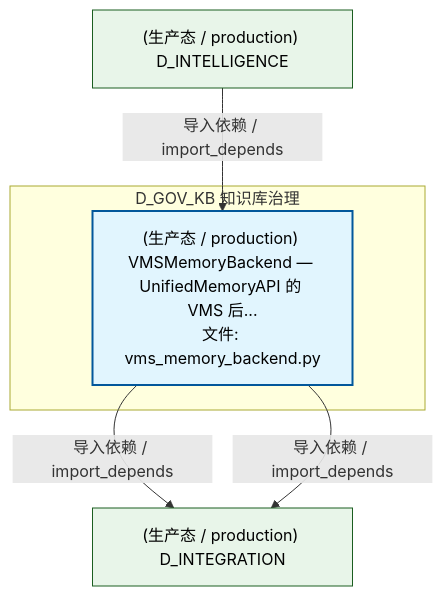
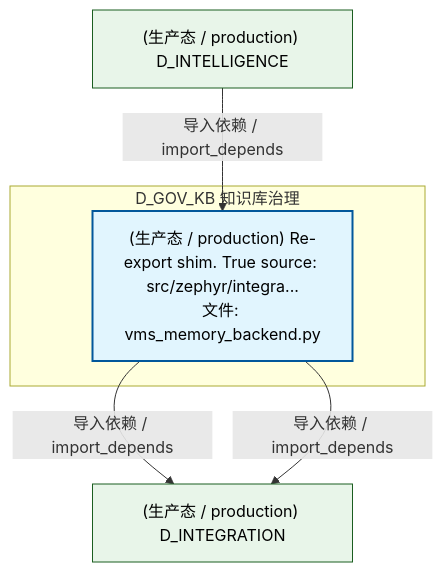
The second of 5 diagrams in docs/02_enterprise_architecture/02_domain_architecture_docs/43_d_gov_kb.md (xuanFelixVan/ZephyrAlpha), drawn with Mermaid before and after one commit. The commit also changed other lines of this file and 125 other files, not shown here.

````diff
--- a/docs/02_enterprise_architecture/02_domain_architecture_docs/43_d_gov_kb.md
+++ b/docs/02_enterprise_architecture/02_domain_architecture_docs/43_d_gov_kb.md
@@ -184,17 +185,17 @@
 ```mermaid
 graph TD
     subgraph D_GOV_KB["D_GOV_KB 知识库治理"]
-        src_zephyr_gov_kb_vms_memory_backend_py["(生产态 / production) VMSMemoryBackend — UnifiedMemoryAPI 的 VMS 后...<br/>文件: vms_memory_backend.py"]
+        src_zephyr_gov_kb_vms_memory_backend_py["(生产态 / production) Re-export shim. True source: src/zephyr/integra...<br/>文件: vms_memory_backend.py"]
     end
     D_INTEGRATION["(生产态 / production) D_INTEGRATION"]
     src_zephyr_gov_kb_vms_memory_backend_py -->|导入依赖 / import_depends| D_INTEGRATION
     src_zephyr_gov_kb_vms_memory_backend_py -->|导入依赖 / import_depends| D_INTEGRATION
     D_INTELLIGENCE["(生产态 / production) D_INTELLIGENCE"]
     D_INTELLIGENCE -->|导入依赖 / import_depends| src_zephyr_gov_kb_vms_memory_backend_py
     classDef production fill:#e1f5fe,stroke:#01579b,stroke-width:2px,color:#000
     classDef design fill:#fff3e0,stroke:#e65100,stroke-width:2px,color:#000,stroke-dasharray: 5 5
     classDef external_prod fill:#e8f5e9,stroke:#1b5e20,stroke-width:1px,color:#000
     classDef external_design fill:#fce4ec,stroke:#880e4f,stroke-width:1px,color:#000,stroke-dasharray: 5 5
     class src_zephyr_gov_kb_vms_memory_backend_py production
     class D_INTEGRATION,D_INTELLIGENCE external_prod
 ```
````
